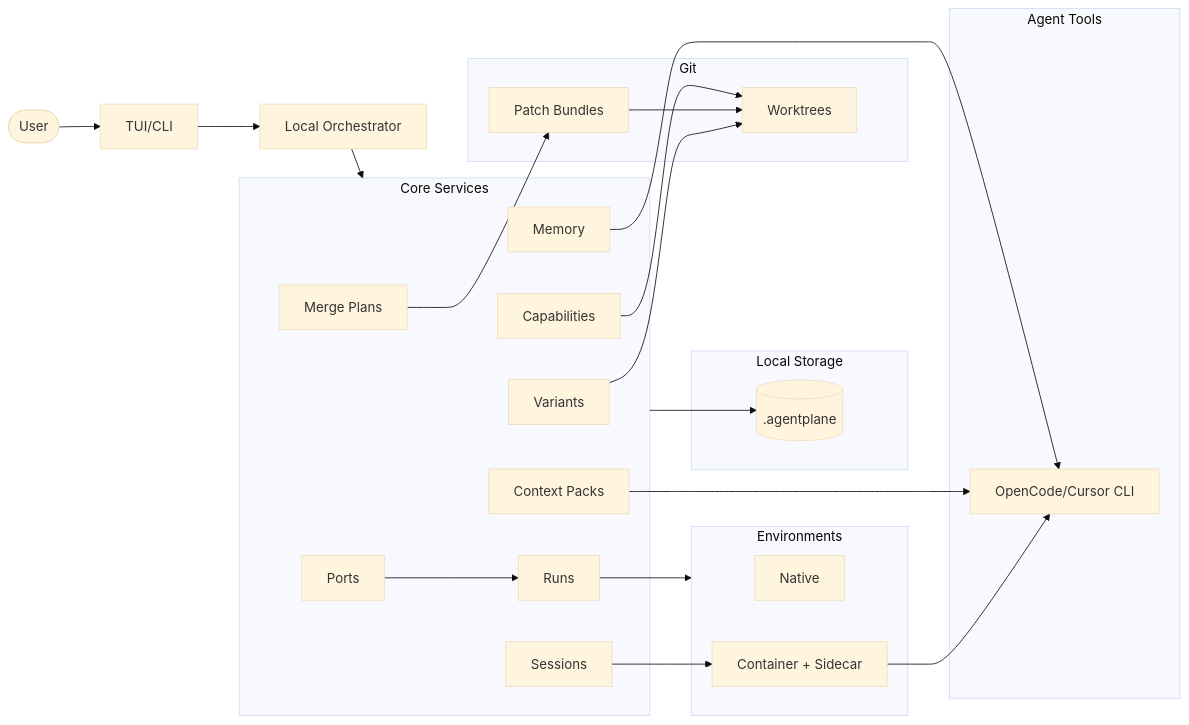
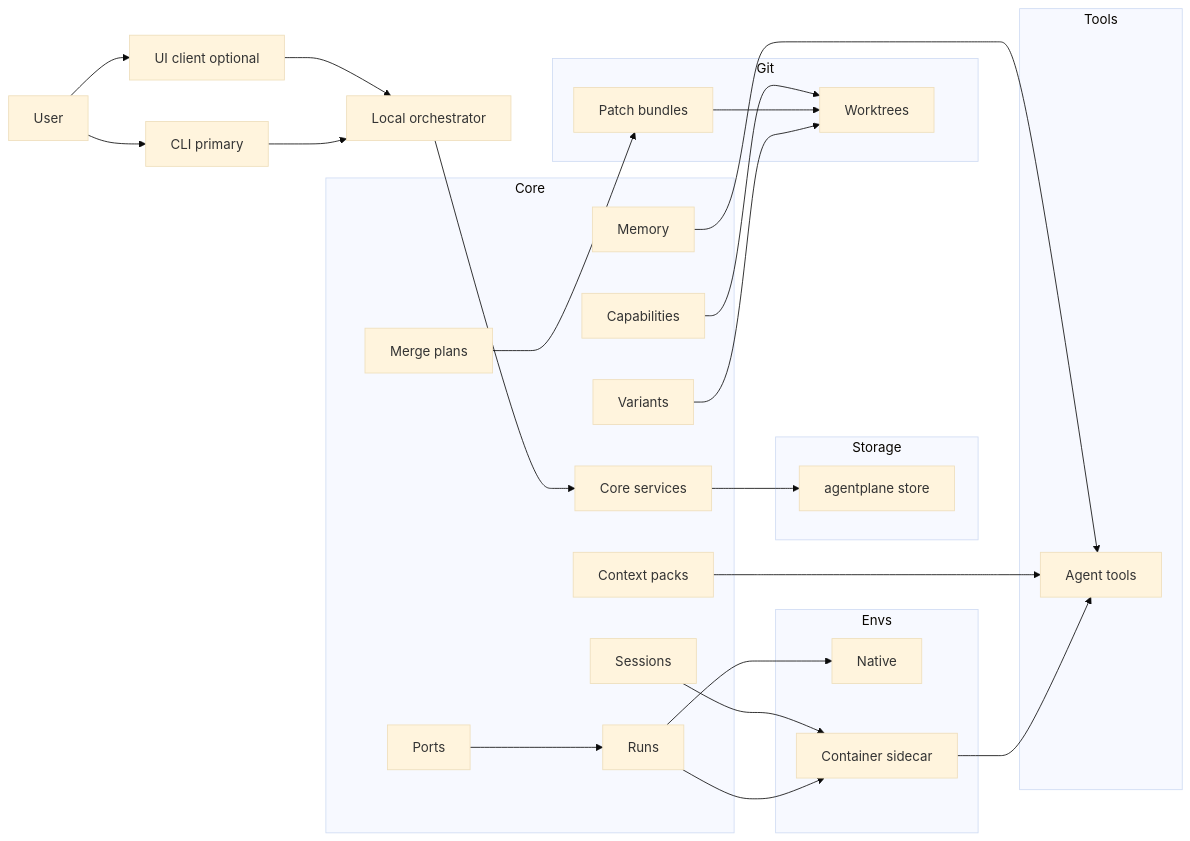
One commit to Andrey170170/lazyagent_spec changed the diagram in plans/07-architecture-diagram.md. Above: the diagram before and after it, drawn with Mermaid (base theme). The commit also changed other lines of this file and 16 other files, not shown here.

````diff
--- a/plans/07-architecture-diagram.md
+++ b/plans/07-architecture-diagram.md
@@ -3,47 +3,56 @@
 ```mermaid
 flowchart LR
-  User([User]) --> UI[TUI/CLI]
-  UI --> Daemon[Local Orchestrator]
+  U[User]
+  CLI[CLI primary]
+  UI[UI client optional]
+  Daemon[Local orchestrator]
 
-  subgraph Core[Core Services]
+  U --> CLI
+  U --> UI
+  CLI --> Daemon
+  UI --> Daemon
+
+  subgraph Core
+    CoreHub[Core services]
     VariantMgr[Variants]
     RunExec[Runs]
     SessionMgr[Sessions]
-    ContextMgr[Context Packs]
+    ContextMgr[Context packs]
     MemoryMgr[Memory]
     CapabilityMgr[Capabilities]
-    MergePlan[Merge Plans]
+    MergePlan[Merge plans]
     PortMgr[Ports]
   end
 
-  subgraph Storage[Local Storage]
-    Store[(.agentplane)]
+  subgraph Storage
+    Store[agentplane store]
   end
 
-  subgraph Git[Git]
+  subgraph Git
     Worktrees[Worktrees]
-    Patches[Patch Bundles]
+    Patches[Patch bundles]
   end
 
-  subgraph Envs[Environments]
+  subgraph Envs
     Native[Native]
-    Container[Container + Sidecar]
+    Container[Container sidecar]
   end
 
-  subgraph Tools[Agent Tools]
-    Tool[OpenCode/Cursor CLI]
+  subgraph Tools
+    Tool[Agent tools]
   end
 
-  Daemon --> Core
-  Core --> Store
+  Daemon --> CoreHub
+  CoreHub --> Store
   VariantMgr --> Worktrees
   MergePlan --> Patches
   Patches --> Worktrees
-  RunExec --> Envs
+  RunExec --> Native
+  RunExec --> Container
   SessionMgr --> Container
   Container --> Tool
   PortMgr --> RunExec
   CapabilityMgr --> Worktrees
   ContextMgr --> Tool
   MemoryMgr --> Tool
 ```
````
